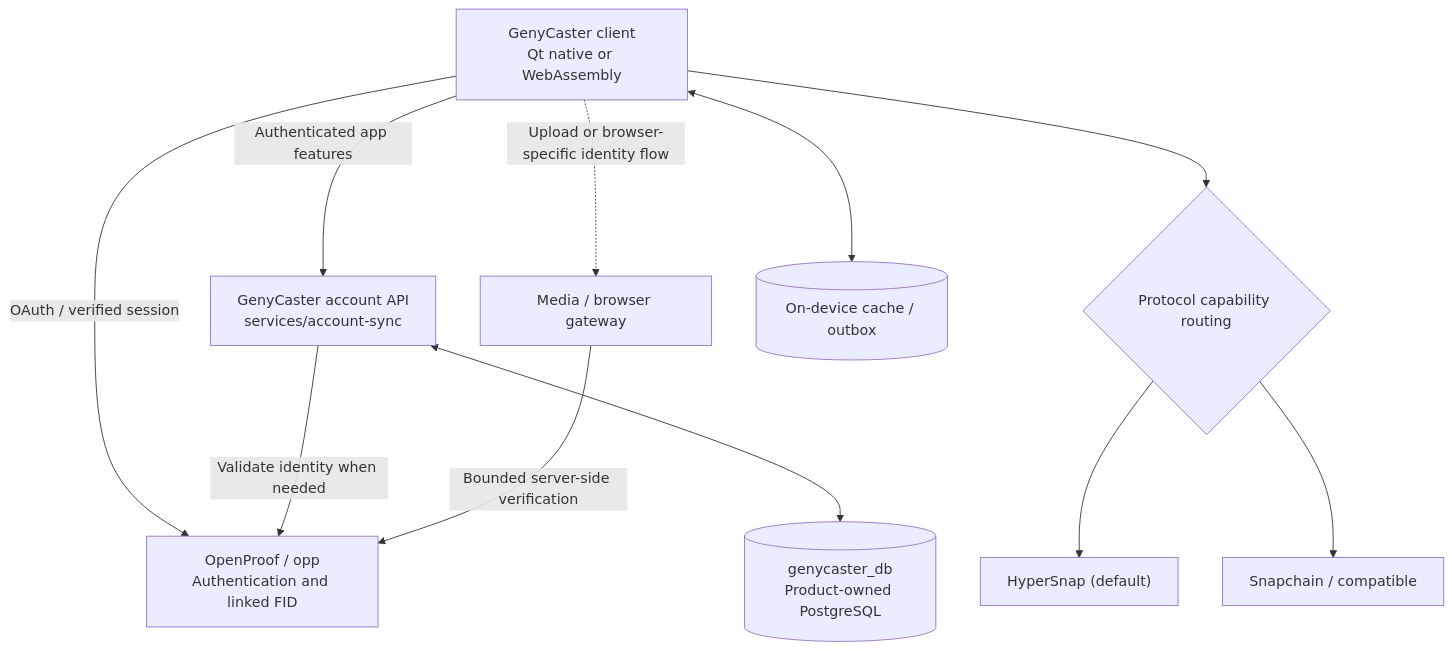
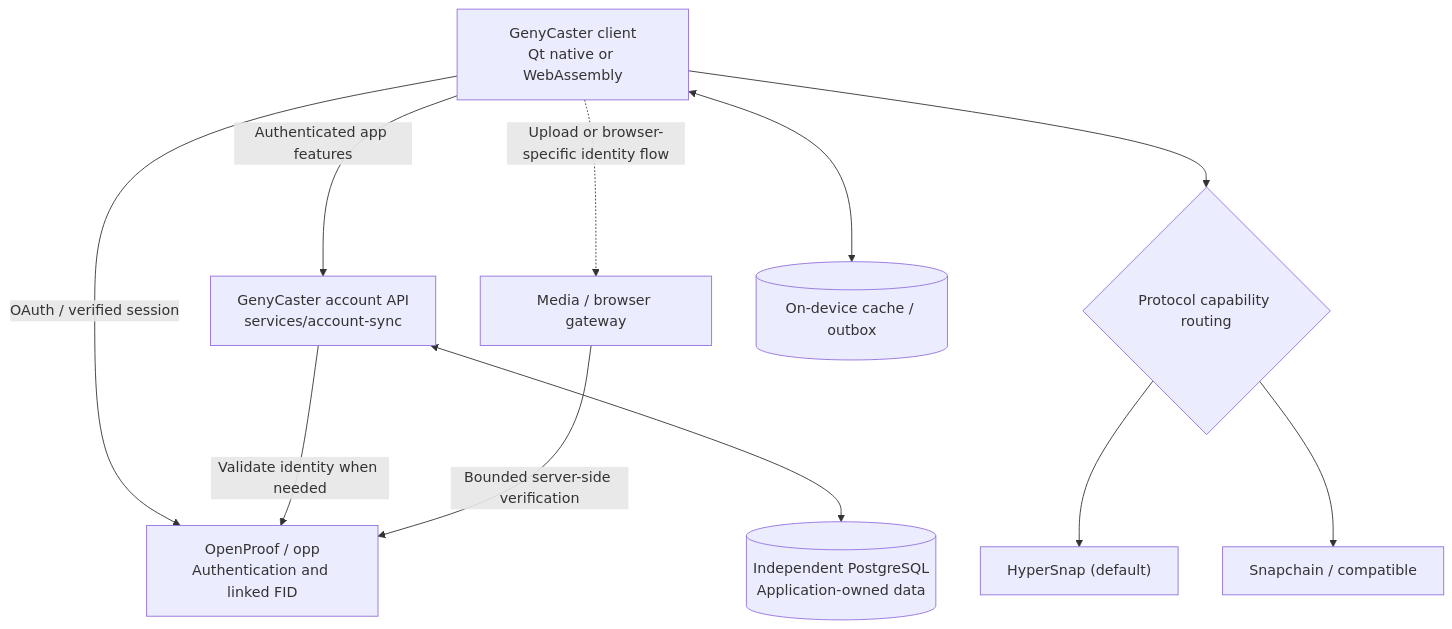
Before and after one commit to genyleap/genycaster: the diagram in docs/OPENPROOF_AND_SERVICES.md, drawn with Mermaid. The commit also changed other lines of this file and 58 other files, not shown here.

````diff
--- a/docs/OPENPROOF_AND_SERVICES.md
+++ b/docs/OPENPROOF_AND_SERVICES.md
@@ -70,23 +68,23 @@
 ```mermaid
 flowchart TB
     UI["GenyCaster client<br/>Qt native or WebAssembly"]
     AUTH["OpenProof / opp<br/>Authentication and linked FID"]
     ACCT["GenyCaster account API<br/>services/account-sync"]
-    PG[("genycaster_db<br/>Product-owned PostgreSQL")]
+    PG[("Independent PostgreSQL<br/>Application-owned data")]
     GATE["Media / browser gateway"]
     ROUTE{"Protocol capability routing"}
     H["HyperSnap (default)"]
     S["Snapchain / compatible"]
     LOCAL[("On-device cache / outbox")]
 
     UI -->|"OAuth / verified session"| AUTH
     UI -->|"Authenticated app features"| ACCT
     ACCT -->|"Validate identity when needed"| AUTH
     ACCT <--> PG
     UI -.->|"Upload or browser-specific identity flow"| GATE
     GATE -->|"Bounded server-side verification"| AUTH
     UI <--> LOCAL
     UI --> ROUTE
     ROUTE --> H
     ROUTE --> S
 ```
````
